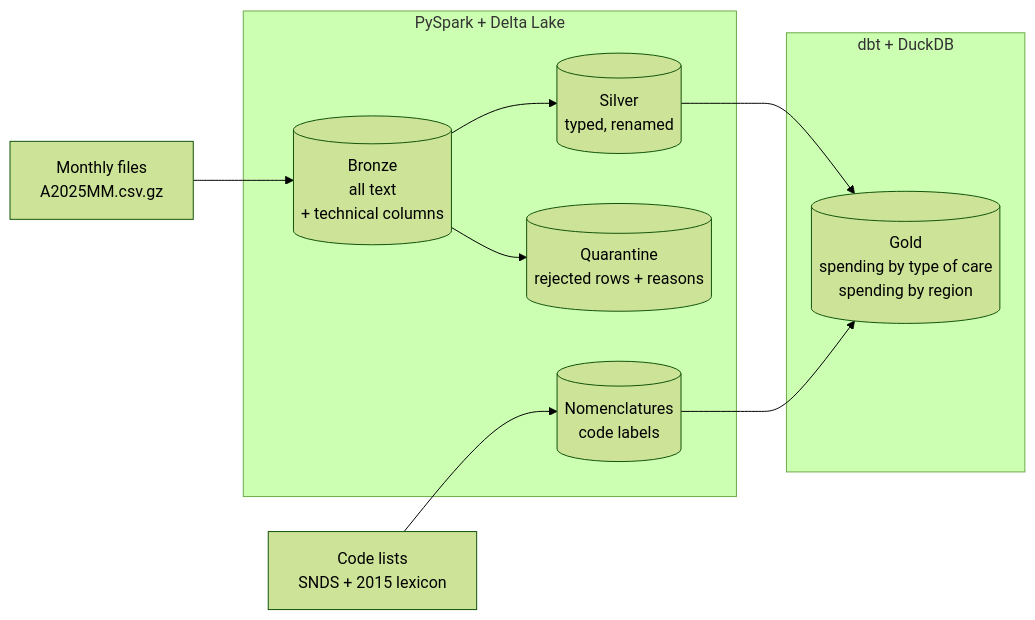
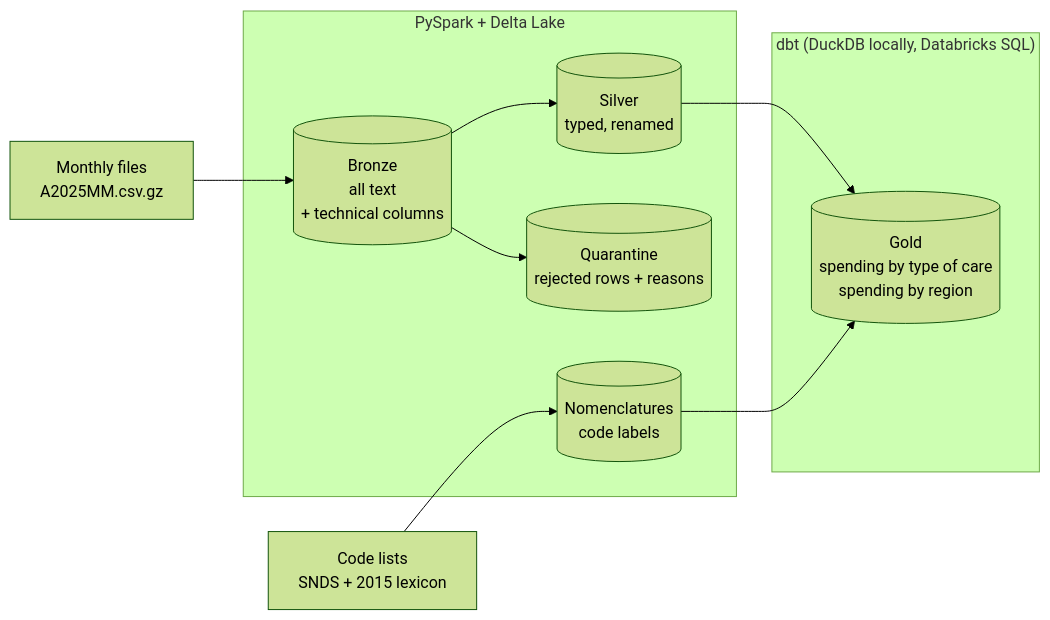
One commit to TLxFroSt/open-damir-lakehouse changed the diagram in README.en.md. Above: the diagram before and after it, drawn with Mermaid (forest theme). The commit also changed other lines of this file and 3 other files, not shown here.

````diff
--- a/README.en.md
+++ b/README.en.md
@@ -28,22 +31,22 @@
 ```mermaid
 flowchart LR
     raw["Monthly files<br/>A2025MM.csv.gz"]
     ref["Code lists<br/>SNDS + 2015 lexicon"]
 
     subgraph spark["PySpark + Delta Lake"]
         bronze[("Bronze<br/>all text<br/>+ technical columns")]
         silver[("Silver<br/>typed, renamed")]
         quarantine[("Quarantine<br/>rejected rows + reasons")]
         nomenclatures[("Nomenclatures<br/>code labels")]
     end
 
-    subgraph dbt["dbt + DuckDB"]
+    subgraph dbt["dbt (DuckDB locally, Databricks SQL)"]
         gold[("Gold<br/>spending by type of care<br/>spending by region")]
     end
 
     raw --> bronze --> silver
     bronze --> quarantine
     ref --> nomenclatures
     silver --> gold
     nomenclatures --> gold
 ```
````
